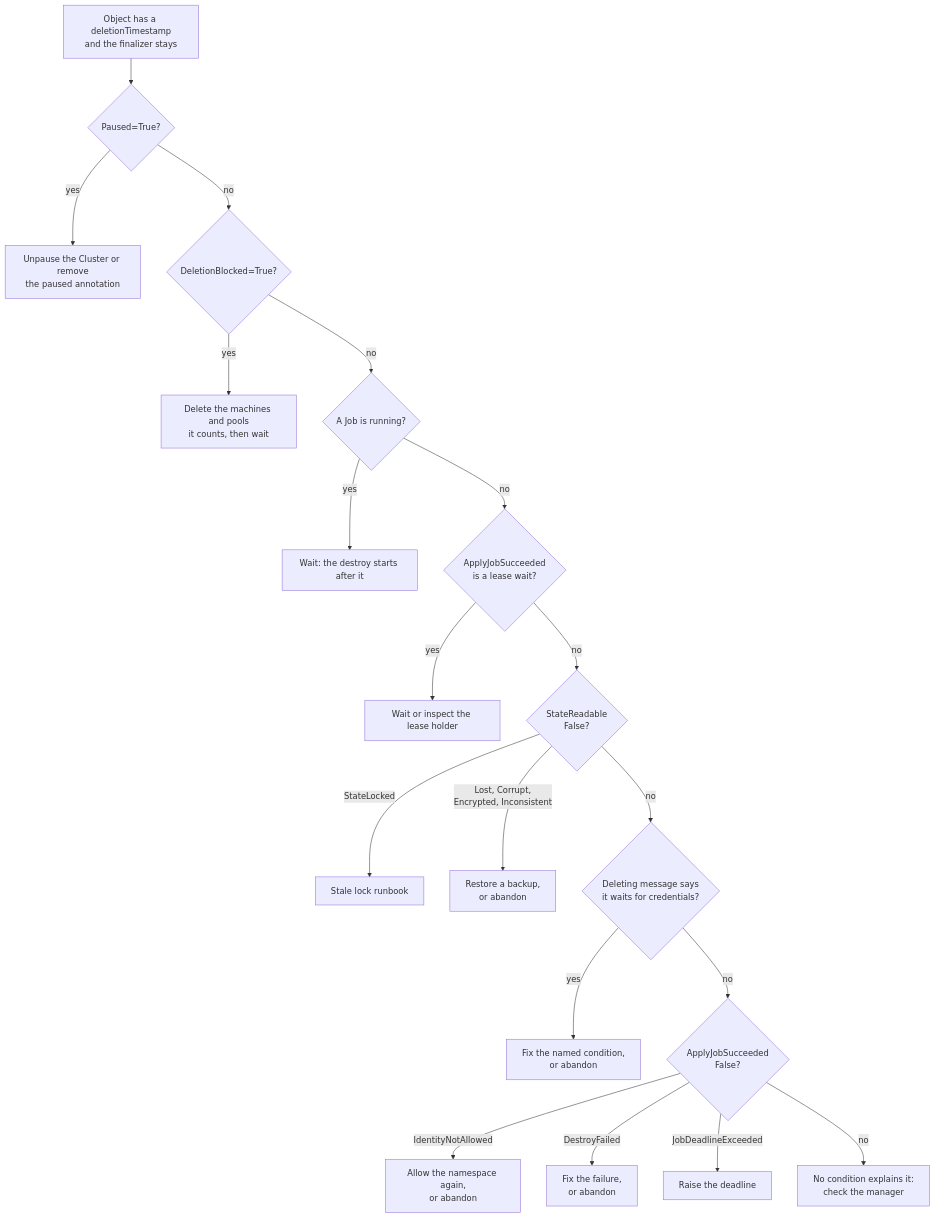
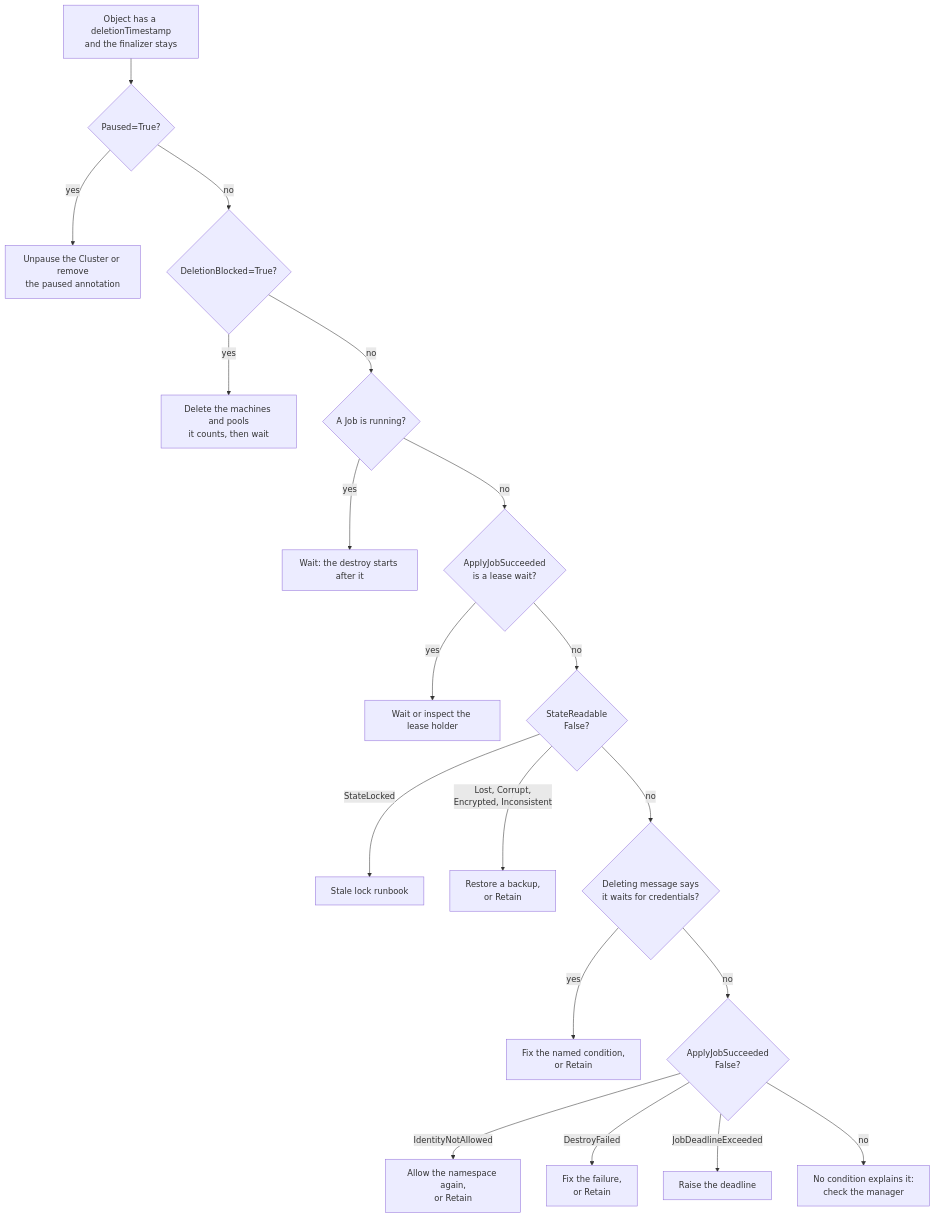
One commit to captf-io/captf-io.github.io changed the diagram in docs/docs/concepts/deletion/troubleshooting.md. Above: the diagram before and after it, drawn with Mermaid. The commit also changed other lines of this file and 43 other files, not shown here.

````diff
--- a/docs/docs/concepts/deletion/troubleshooting.md
+++ b/docs/docs/concepts/deletion/troubleshooting.md
@@ -28,21 +28,21 @@
 ```mermaid
 flowchart TD
     S[Object has a deletionTimestamp<br/>and the finalizer stays] --> P{Paused=True?}
     P -- yes --> P1[Unpause the Cluster or remove<br/>the paused annotation]
     P -- no --> D{DeletionBlocked=True?}
     D -- yes --> D1[Delete the machines and pools<br/>it counts, then wait]
     D -- no --> J{A Job is running?}
     J -- yes --> J1[Wait: the destroy starts after it]
     J -- no --> W{ApplyJobSucceeded<br/>is a lease wait?}
     W -- yes --> W1[Wait or inspect the lease holder]
     W -- no --> R{StateReadable<br/>False?}
     R -- "StateLocked" --> R1[Stale lock runbook]
-    R -- "Lost, Corrupt,<br/>Encrypted, Inconsistent" --> R2[Restore a backup,<br/>or abandon]
+    R -- "Lost, Corrupt,<br/>Encrypted, Inconsistent" --> R2[Restore a backup,<br/>or Retain]
     R -- no --> C{Deleting message says<br/>it waits for credentials?}
-    C -- yes --> C1[Fix the named condition,<br/>or abandon]
+    C -- yes --> C1[Fix the named condition,<br/>or Retain]
     C -- no --> F{ApplyJobSucceeded<br/>False?}
-    F -- "IdentityNotAllowed" --> F1[Allow the namespace again,<br/>or abandon]
-    F -- "DestroyFailed" --> F2[Fix the failure,<br/>or abandon]
+    F -- "IdentityNotAllowed" --> F1[Allow the namespace again,<br/>or Retain]
+    F -- "DestroyFailed" --> F2[Fix the failure,<br/>or Retain]
     F -- "JobDeadlineExceeded" --> F3[Raise the deadline]
     F -- no --> Z[No condition explains it:<br/>check the manager]
 ```
````
